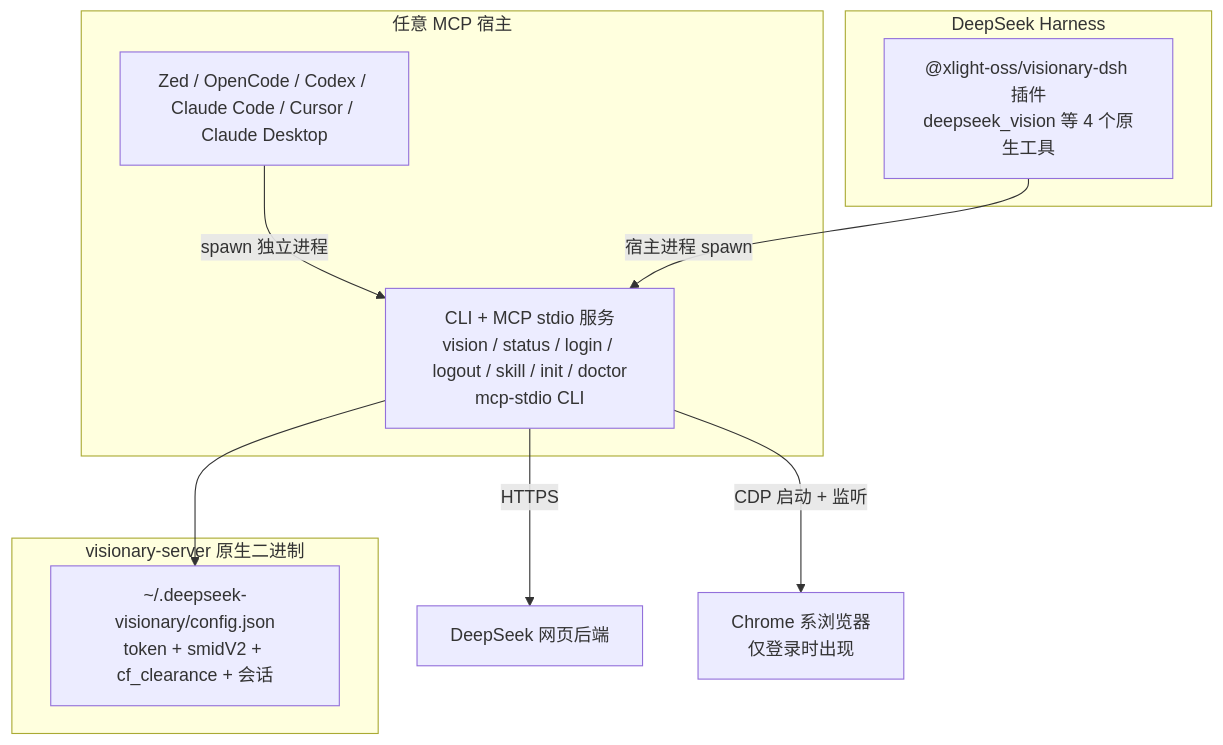
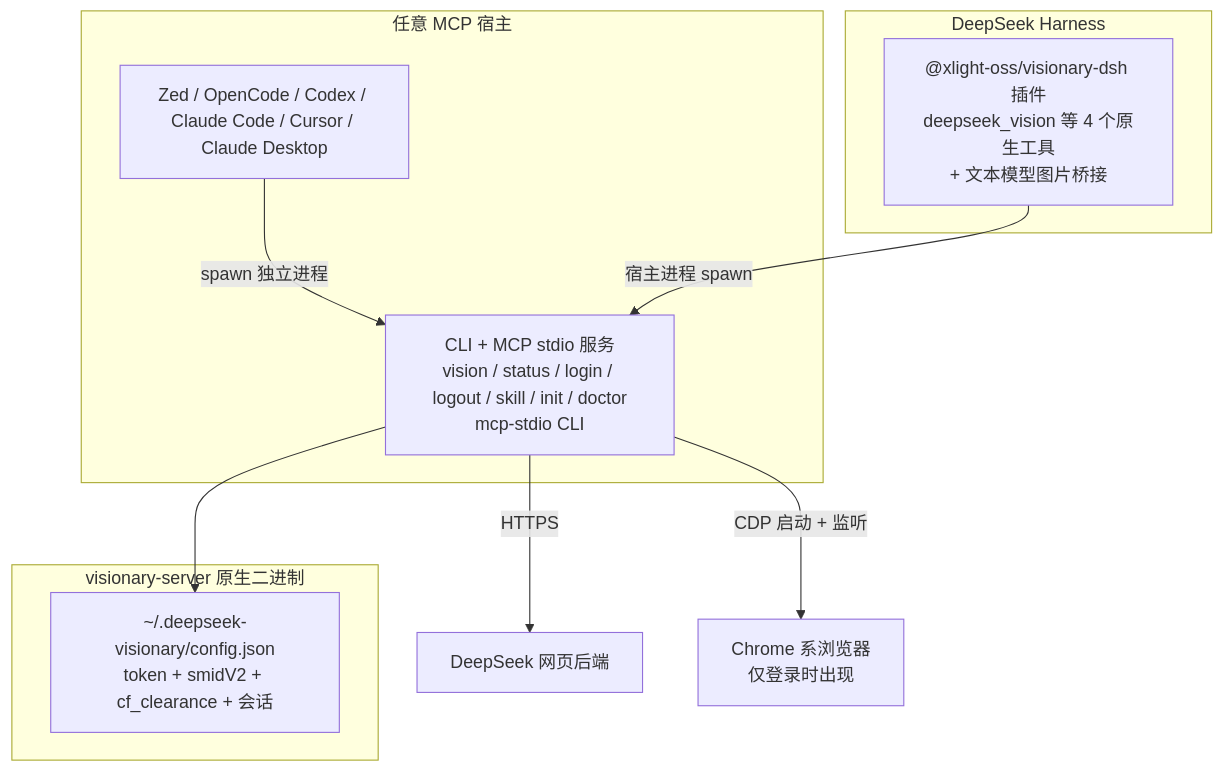
One commit to xlight/deepseek-visionary changed the diagram in README.md. Above: the diagram before and after it, drawn with Mermaid. The commit also changed other lines of this file, not shown here.

````diff
--- a/README.md
+++ b/README.md
@@ -10,18 +10,18 @@
 ```mermaid
 graph TD
     subgraph 宿主[任意 MCP 宿主]
         AG["Zed / OpenCode / Codex / Claude Code / Cursor / Claude Desktop"]
         AG -->|spawn 独立进程| SRV
     end
     subgraph DSH[DeepSeek Harness]
-        DP["@xlight-oss/visionary-dsh 插件<br/>deepseek_vision 等 4 个原生工具"]
+        DP["@xlight-oss/visionary-dsh 插件<br/>deepseek_vision 等 4 个原生工具<br/>+ 文本模型图片桥接"]
         DP -->|宿主进程 spawn| SRV
     end
     subgraph visionary-server 原生二进制
         SRV["CLI + MCP stdio 服务<br/>vision / status / login / logout / skill / init / doctor<br/>mcp-stdio CLI"]
         CFG["~/.deepseek-visionary/config.json<br/>token + smidV2 + cf_clearance + 会话"]
         SRV --> CFG
     end
     SRV -->|HTTPS| DS["DeepSeek 网页后端"]
     SRV -->|CDP 启动 + 监听| BRO["Chrome 系浏览器<br/>仅登录时出现"]
 ```
````
